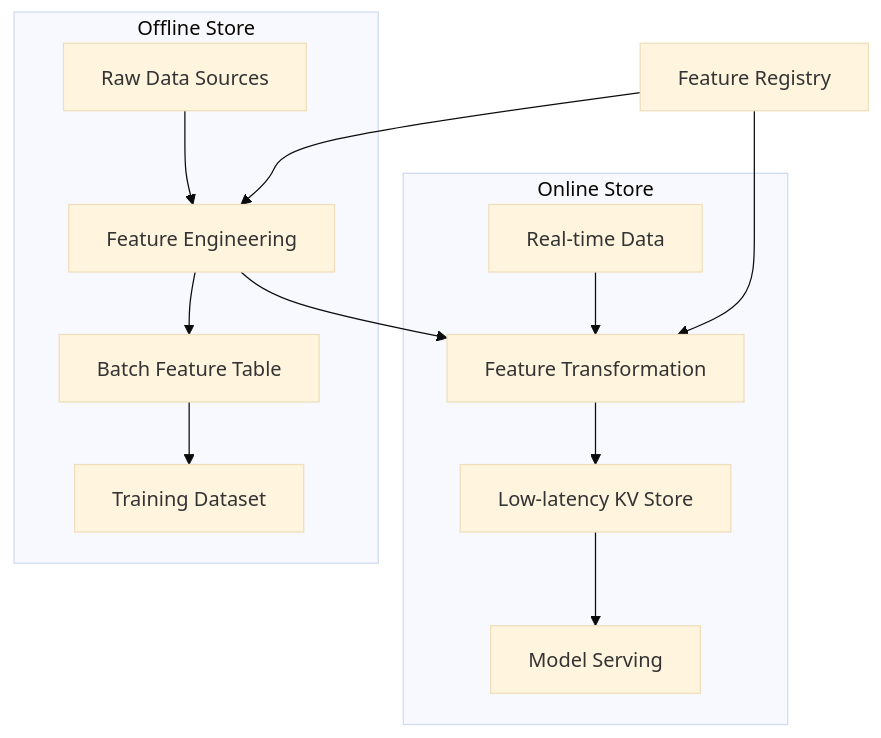
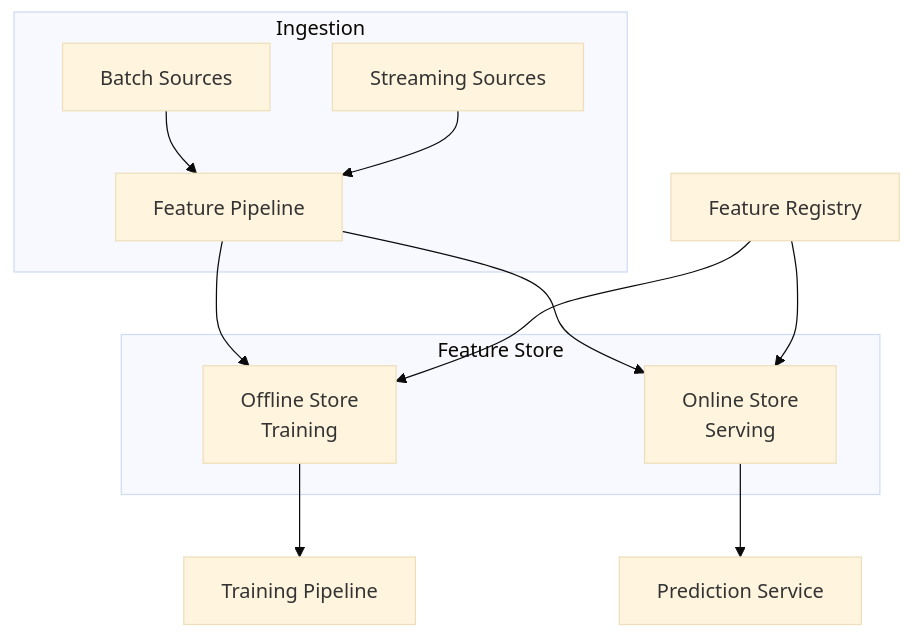
Before and after one commit to vanos001/placement_prep: the second of 2 diagrams in src/ml/mlops/feature-store.md, drawn with Mermaid (base theme). The commit also changed other lines of this file and 43 other files, not shown here.

````diff
--- a/src/ml/mlops/feature-store.md
+++ b/src/ml/mlops/feature-store.md
@@ -20,16 +25,18 @@
 ```mermaid
-graph TD
-    subgraph Offline Store
-        A[Raw Data Sources] --> B[Feature Engineering]
-        B --> C[Batch Feature Table]
-        C --> D[Training Dataset]
+graph TB
+    subgraph "Ingestion"
+        B[Batch Sources] --> I[Feature Pipeline]
+        S[Streaming Sources] --> I
     end
-    subgraph Online Store
-        E[Real-time Data] --> F[Feature Transformation]
-        F --> G[Low-latency KV Store]
-        G --> H[Model Serving]
+    
+    subgraph "Feature Store"
+        I --> O[Offline Store<br/>Training]
+        I --> N[Online Store<br/>Serving]
     end
-    B --> F
-    I[Feature Registry] --> B
-    I --> F
+    
+    O --> T[Training Pipeline]
+    N --> P[Prediction Service]
+    
+    R[Feature Registry] --> O
+    R --> N
 ```
````
